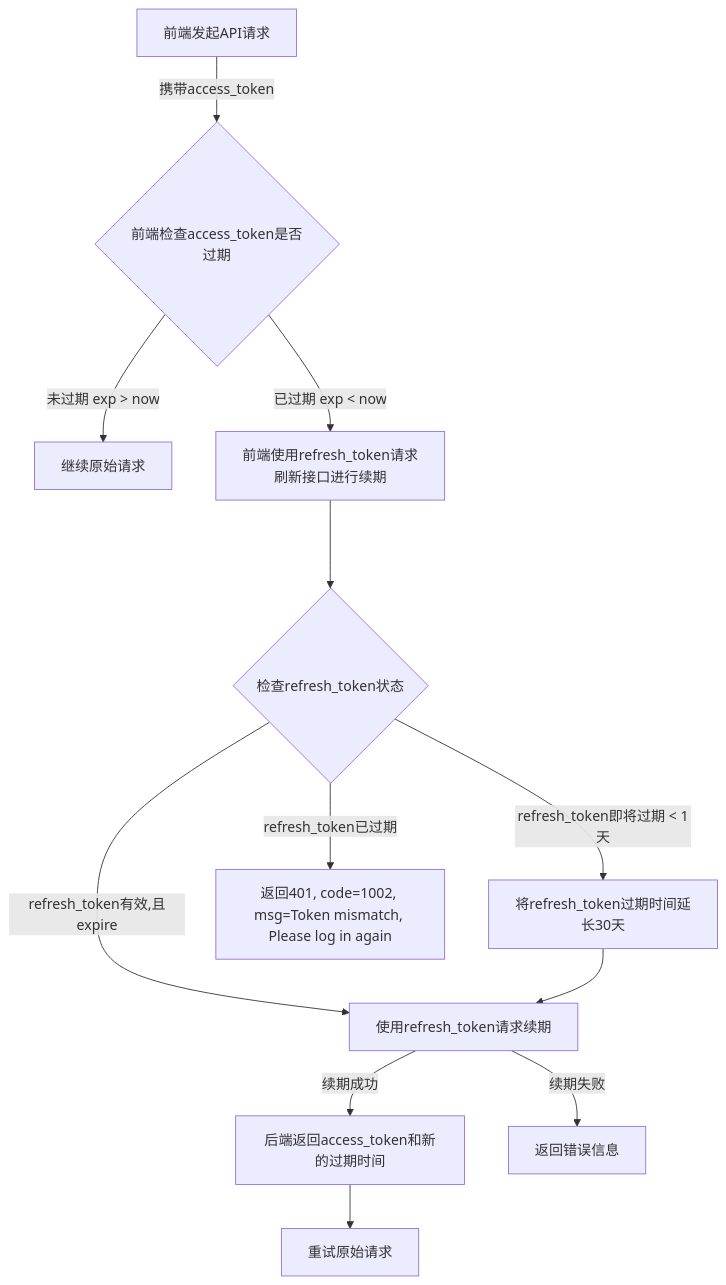
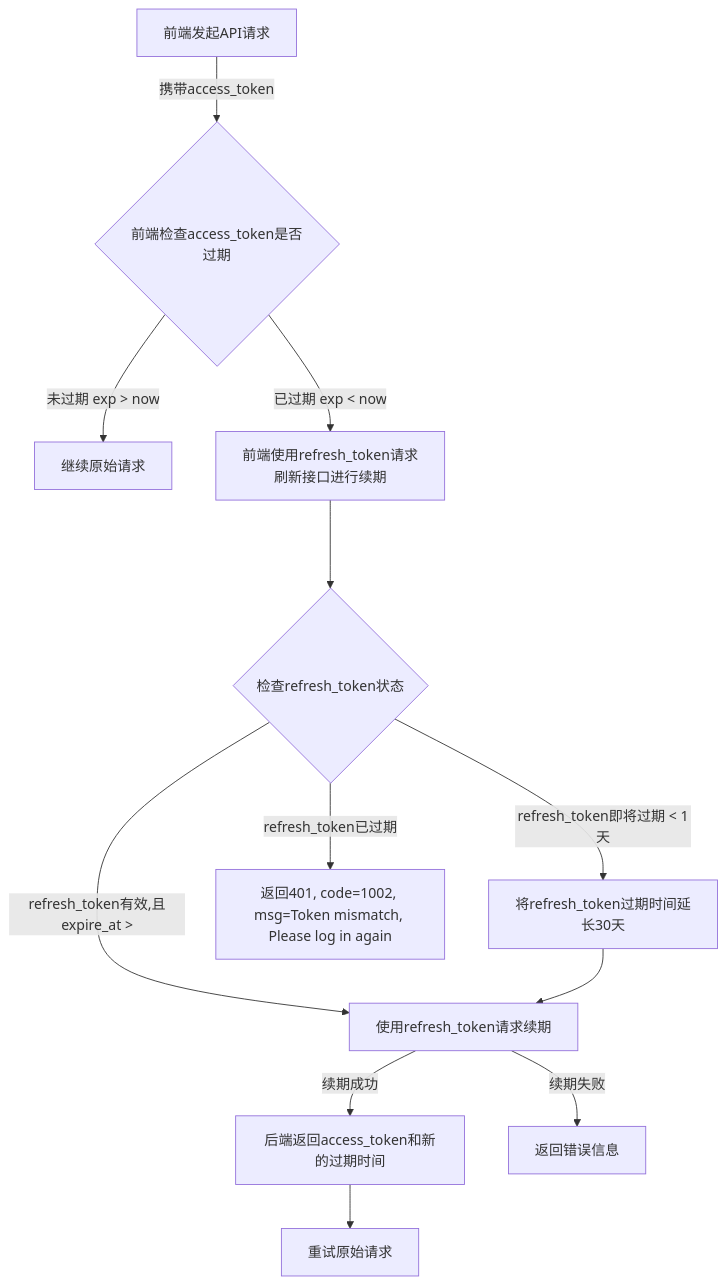
Before and after one commit to yingjianzh/iodraw-files: the diagram in all/openAPI-17.md, drawn with Mermaid.

Commit message:
2025-01-08 18:14:57 update

````diff
--- a/all/openAPI-17.md
+++ b/all/openAPI-17.md
@@ -1,15 +1,15 @@
 ```mermaid
 flowchart TD
     A[前端发起API请求] -->|携带access_token| B{前端检查access_token是否过期}
     B -->|未过期 exp > now| C[继续原始请求]
     B -->|已过期 exp < now| D[前端使用refresh_token请求刷新接口进行续期]
     D ---> L{检查refresh_token状态}
     L -->|refresh_token即将过期 < 1天| E[将refresh_token过期时间延长30天]
     L -->|refresh_token已过期| F[返回401, code=1002, msg=Token mismatch, Please log in again]
-    L -->|refresh_token有效,且expire| G[使用refresh_token请求续期]
+    L -->|refresh_token有效,且expire_at > | G[使用refresh_token请求续期]
     G -->|续期成功| H[后端返回access_token和新的过期时间]
     G -->|续期失败| I[返回错误信息]
     H --> J[重试原始请求]
     E --> G
 
 ```
````
